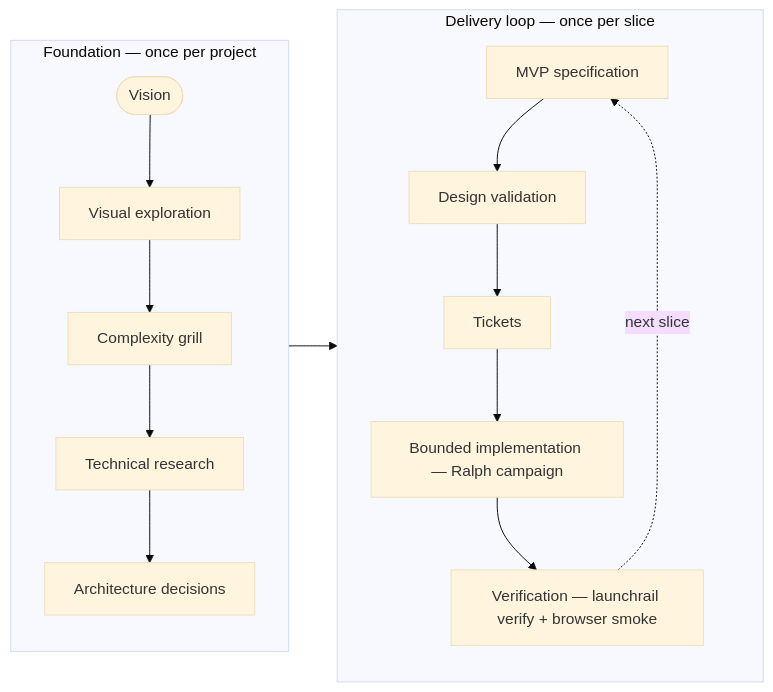
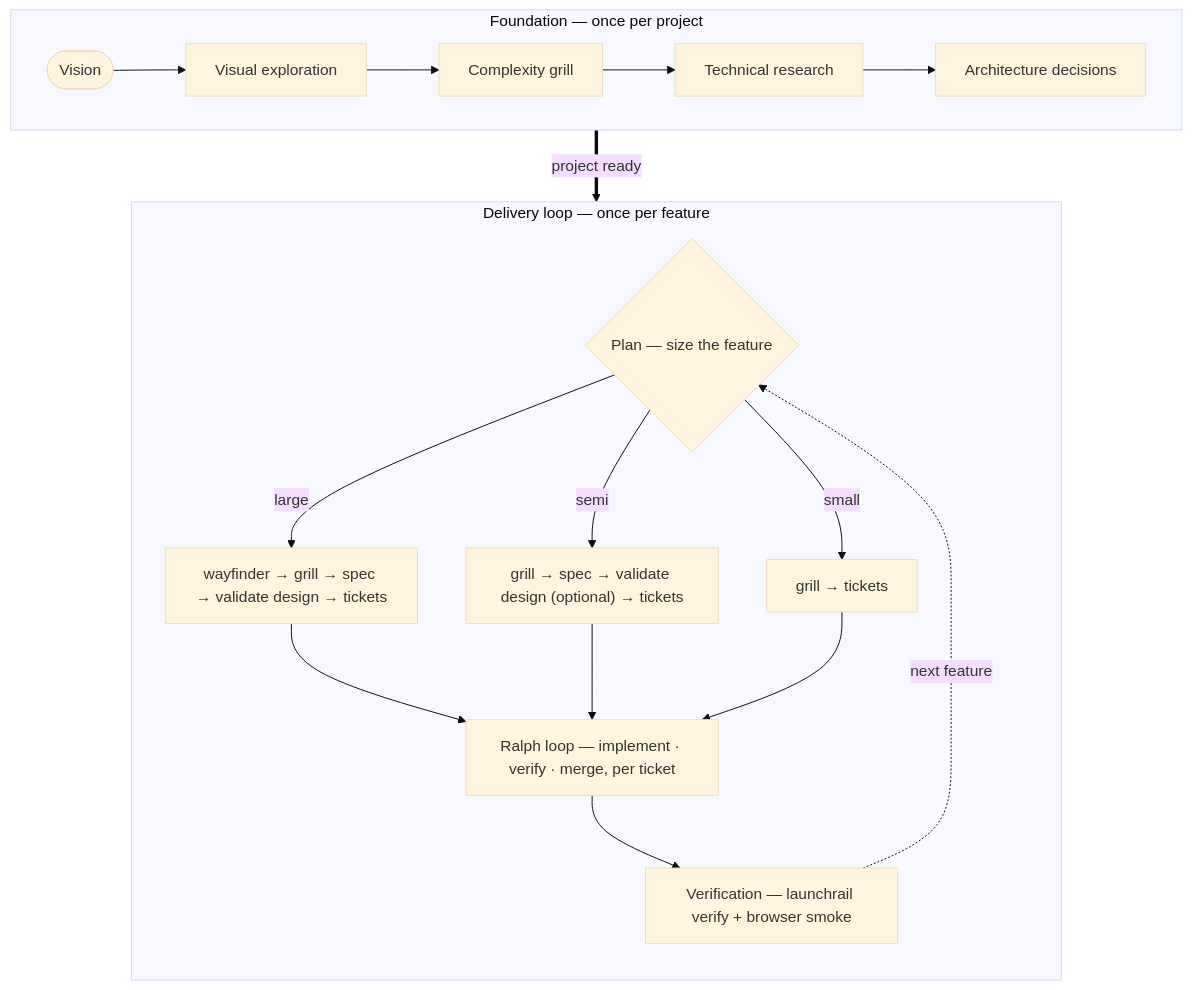
The diagram in README.md (wemuda/launchrail), drawn with Mermaid (base theme) before and after one commit. The commit also changed other lines of this file and 14 other files, not shown here.

First line of the commit message:
refactor: rename "Ralph campaign" to "the Ralph loop" throughout

````diff
--- a/README.md
+++ b/README.md
@@ -37,21 +37,22 @@
 ```mermaid
-flowchart LR
+flowchart TB
     subgraph foundation ["Foundation — once per project"]
-        direction TB
-        V(["Vision"]) --> X["Visual exploration"]
-        X --> G["Complexity grill"]
-        G --> R["Technical research"]
-        R --> A["Architecture decisions"]
+        direction LR
+        V(["Vision"]) --> X["Visual exploration"] --> G["Complexity grill"] --> R["Technical research"] --> A["Architecture decisions"]
     end
 
-    A --> S
+    A ==>|"project ready"| P
 
-    subgraph loop ["Delivery loop — once per slice"]
+    subgraph loop ["Delivery loop — once per feature"]
         direction TB
-        S["MVP specification"] --> D["Design validation"]
-        D --> T["Tickets"]
-        T --> I["Bounded implementation — Ralph campaign"]
-        I --> VF["Verification — launchrail verify + browser smoke"]
-        VF -.->|"next slice"| S
+        P{"Plan — size the feature"}
+        P -->|large| BL["wayfinder → grill → spec → validate design → tickets"]
+        P -->|semi| BS["grill → spec → validate design (optional) → tickets"]
+        P -->|small| BM["grill → tickets"]
+        BL --> RL["Ralph loop — implement · verify · merge, per ticket"]
+        BS --> RL
+        BM --> RL
+        RL --> VF["Verification — launchrail verify + browser smoke"]
+        VF -.->|"next feature"| P
     end
 ```
````
